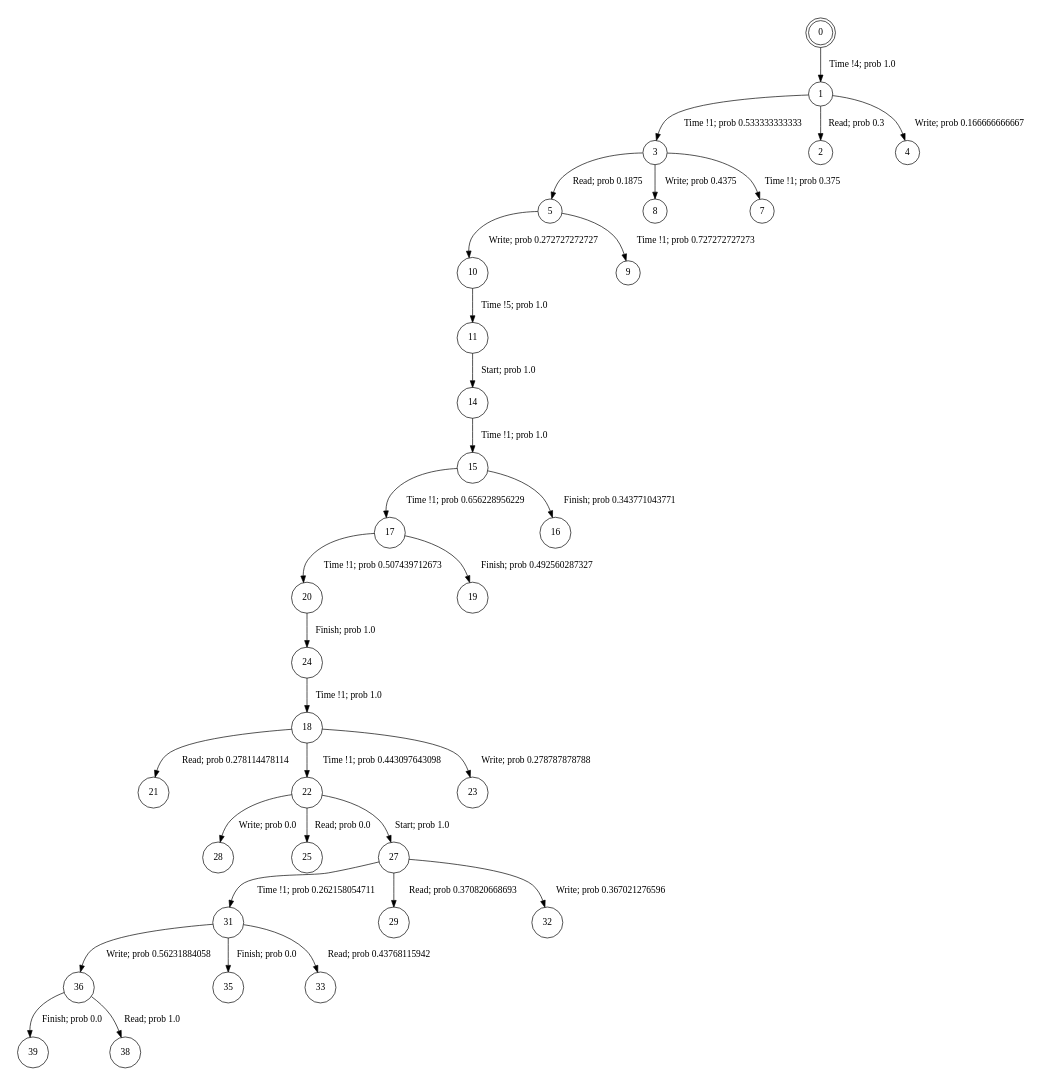
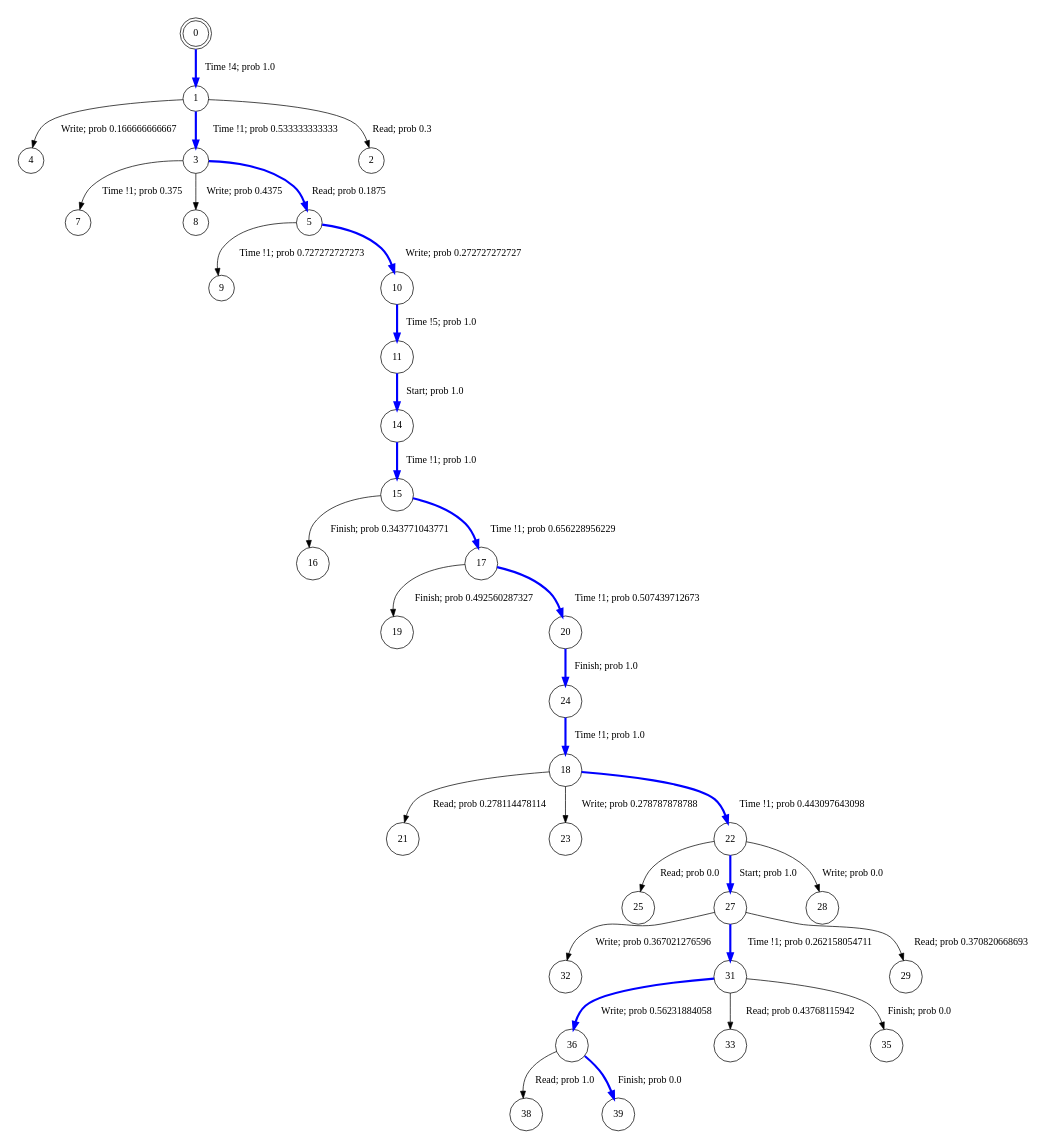
Before and after one commit to irmanfaqrizal/ptsv: the diagram in state-space-analysis/experiments/results/tpts-execution-5.dot, drawn with Graphviz. The commit also changed 25 other files, not shown here.

```diff
--- a/state-space-analysis/experiments/results/tpts-execution-5.dot
+++ b/state-space-analysis/experiments/results/tpts-execution-5.dot
@@ -1,38 +1,38 @@
 digraph BCG {
 size = "7, 10.5";
 center = TRUE;
 node [shape = circle];
 0 [peripheries = 2];
-0 -> 1  [label = "Time !4; prob 1.0"];
-1 -> 3  [label = "Time !1; prob 0.533333333333"];
+0 -> 1  [label = "Time !4; prob 1.0", color = "blue", penwidth=3];
+1 -> 4  [label = "Write; prob 0.166666666667"];
+1 -> 3  [label = "Time !1; prob 0.533333333333", color = "blue", penwidth=3];
 1 -> 2  [label = "Read; prob 0.3"];
-1 -> 4  [label = "Write; prob 0.166666666667"];
-3 -> 5  [label = "Read; prob 0.1875"];
+3 -> 7  [label = "Time !1; prob 0.375"];
 3 -> 8  [label = "Write; prob 0.4375"];
-3 -> 7  [label = "Time !1; prob 0.375"];
-36 -> 39  [label = "Finish; prob 0.0"];
+3 -> 5  [label = "Read; prob 0.1875", color = "blue", penwidth=3];
 36 -> 38  [label = "Read; prob 1.0"];
-5 -> 10  [label = "Write; prob 0.272727272727"];
+36 -> 39  [label = "Finish; prob 0.0", color = "blue", penwidth=3];
 5 -> 9  [label = "Time !1; prob 0.727272727273"];
-10 -> 11  [label = "Time !5; prob 1.0"];
-11 -> 14  [label = "Start; prob 1.0"];
-14 -> 15  [label = "Time !1; prob 1.0"];
-15 -> 17  [label = "Time !1; prob 0.656228956229"];
+5 -> 10  [label = "Write; prob 0.272727272727", color = "blue", penwidth=3];
+10 -> 11  [label = "Time !5; prob 1.0", color = "blue", penwidth=3];
+11 -> 14  [label = "Start; prob 1.0", color = "blue", penwidth=3];
+14 -> 15  [label = "Time !1; prob 1.0", color = "blue", penwidth=3];
 15 -> 16  [label = "Finish; prob 0.343771043771"];
-17 -> 20  [label = "Time !1; prob 0.507439712673"];
+15 -> 17  [label = "Time !1; prob 0.656228956229", color = "blue", penwidth=3];
 17 -> 19  [label = "Finish; prob 0.492560287327"];
+17 -> 20  [label = "Time !1; prob 0.507439712673", color = "blue", penwidth=3];
 18 -> 21  [label = "Read; prob 0.278114478114"];
-18 -> 22  [label = "Time !1; prob 0.443097643098"];
 18 -> 23  [label = "Write; prob 0.278787878788"];
-20 -> 24  [label = "Finish; prob 1.0"];
+18 -> 22  [label = "Time !1; prob 0.443097643098", color = "blue", penwidth=3];
+20 -> 24  [label = "Finish; prob 1.0", color = "blue", penwidth=3];
+22 -> 25  [label = "Read; prob 0.0"];
+22 -> 27  [label = "Start; prob 1.0", color = "blue", penwidth=3];
 22 -> 28  [label = "Write; prob 0.0"];
-22 -> 25  [label = "Read; prob 0.0"];
-22 -> 27  [label = "Start; prob 1.0"];
-24 -> 18  [label = "Time !1; prob 1.0"];
-27 -> 31  [label = "Time !1; prob 0.262158054711"];
+24 -> 18  [label = "Time !1; prob 1.0", color = "blue", penwidth=3];
+27 -> 32  [label = "Write; prob 0.367021276596"];
+27 -> 31  [label = "Time !1; prob 0.262158054711", color = "blue", penwidth=3];
 27 -> 29  [label = "Read; prob 0.370820668693"];
-27 -> 32  [label = "Write; prob 0.367021276596"];
-31 -> 36  [label = "Write; prob 0.56231884058"];
+31 -> 33  [label = "Read; prob 0.43768115942"];
+31 -> 36  [label = "Write; prob 0.56231884058", color = "blue", penwidth=3];
 31 -> 35  [label = "Finish; prob 0.0"];
-31 -> 33  [label = "Read; prob 0.43768115942"];
 }
```
